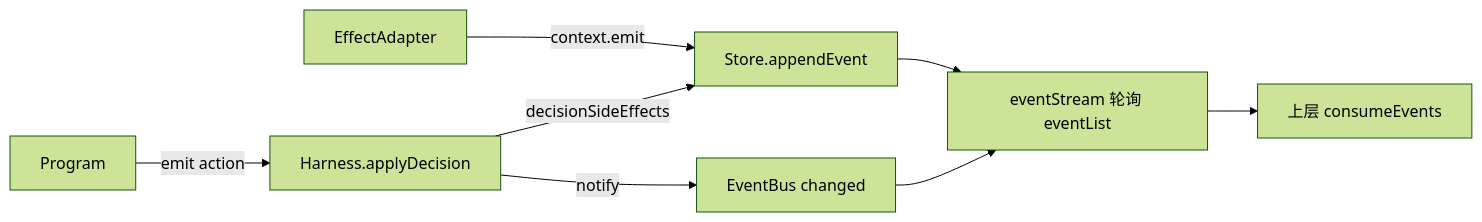
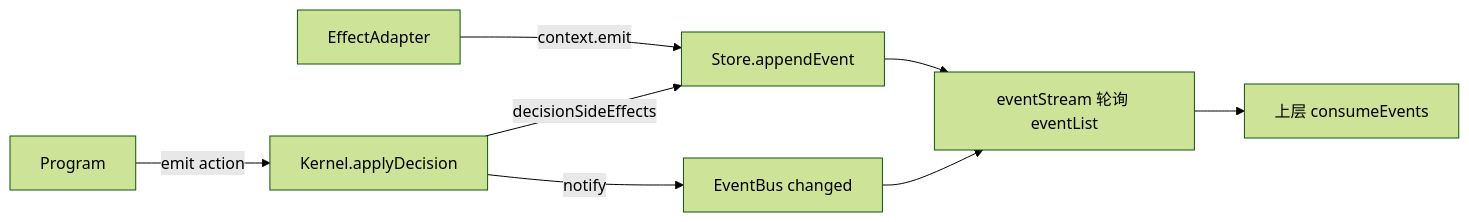
One commit to mushuanli/itookit changed the eighth of 9 diagrams in doc/feat/harness-design.md. Above: the diagram before and after it, drawn with Mermaid (forest theme). The commit also changed other lines of this file and 474 other files, not shown here.

````diff
--- a/doc/feat/harness-design.md
+++ b/doc/feat/harness-design.md
@@ -316,10 +316,10 @@
 ```mermaid
 flowchart LR
-  P[Program] -- emit action --> K[Harness.applyDecision]
+  P[Program] -- emit action --> K[Kernel.applyDecision]
   E[EffectAdapter] -- context.emit --> S[Store.appendEvent]
   K -- decisionSideEffects --> S
   S --> ES[eventStream 轮询 eventList]
   ES --> UI[上层 consumeEvents]
   K -- notify --> WB[EventBus changed]
   WB --> ES
 ```
````
